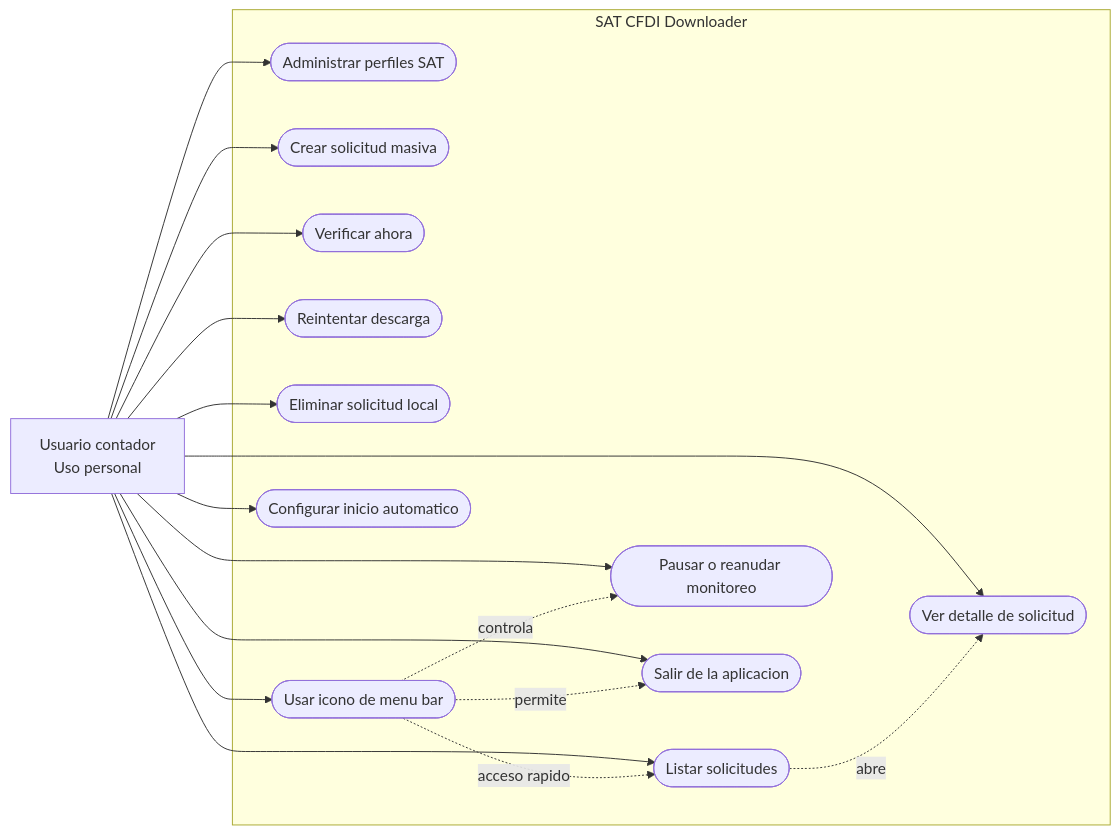
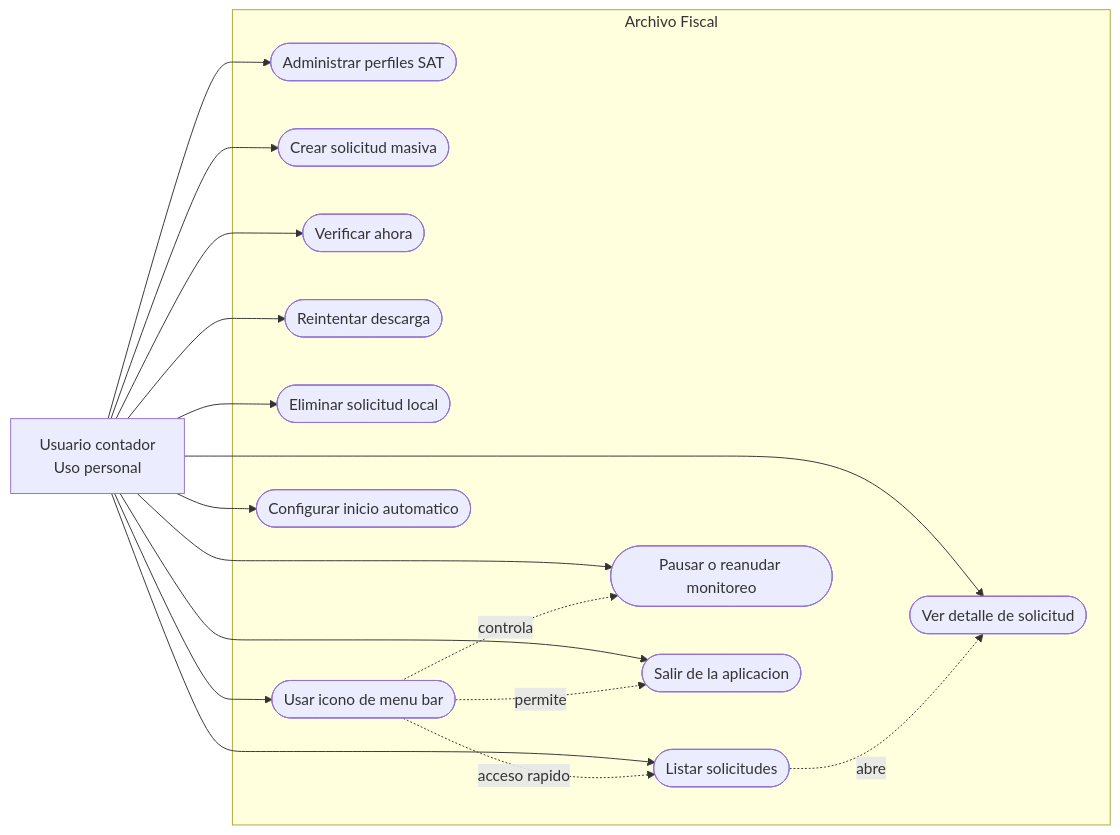
The second of 21 diagrams in docs/architecture.md (irritila/sat-cfdi-downloader), drawn with Mermaid before and after one commit. The commit also changed other lines of this file and 67 other files, not shown here.

First line of the commit message:
feat: rename app to "Archivo Fiscal" and migrate package folder (T019)

````diff
--- a/docs/architecture.md
+++ b/docs/architecture.md
@@ -72,35 +72,35 @@
 ```mermaid
 flowchart LR
     user["Usuario contador<br/>Uso personal"]
 
-    subgraph app["SAT CFDI Downloader"]
+    subgraph app["Archivo Fiscal"]
         profiles(["Administrar perfiles SAT"])
         create(["Crear solicitud masiva"])
         list(["Listar solicitudes"])
         detail(["Ver detalle de solicitud"])
         verify_now(["Verificar ahora"])
         retry(["Reintentar descarga"])
         delete_local(["Eliminar solicitud local"])
         menu(["Usar icono de menu bar"])
         autostart(["Configurar inicio automatico"])
         pause(["Pausar o reanudar monitoreo"])
         exit(["Salir de la aplicacion"])
     end
 
     user --> profiles
     user --> create
     user --> list
     user --> detail
     user --> verify_now
     user --> retry
     user --> delete_local
     user --> menu
     user --> autostart
     user --> pause
     user --> exit
 
     list -. "abre" .-> detail
     menu -. "acceso rapido" .-> list
     menu -. "controla" .-> pause
     menu -. "permite" .-> exit
 ```
````
